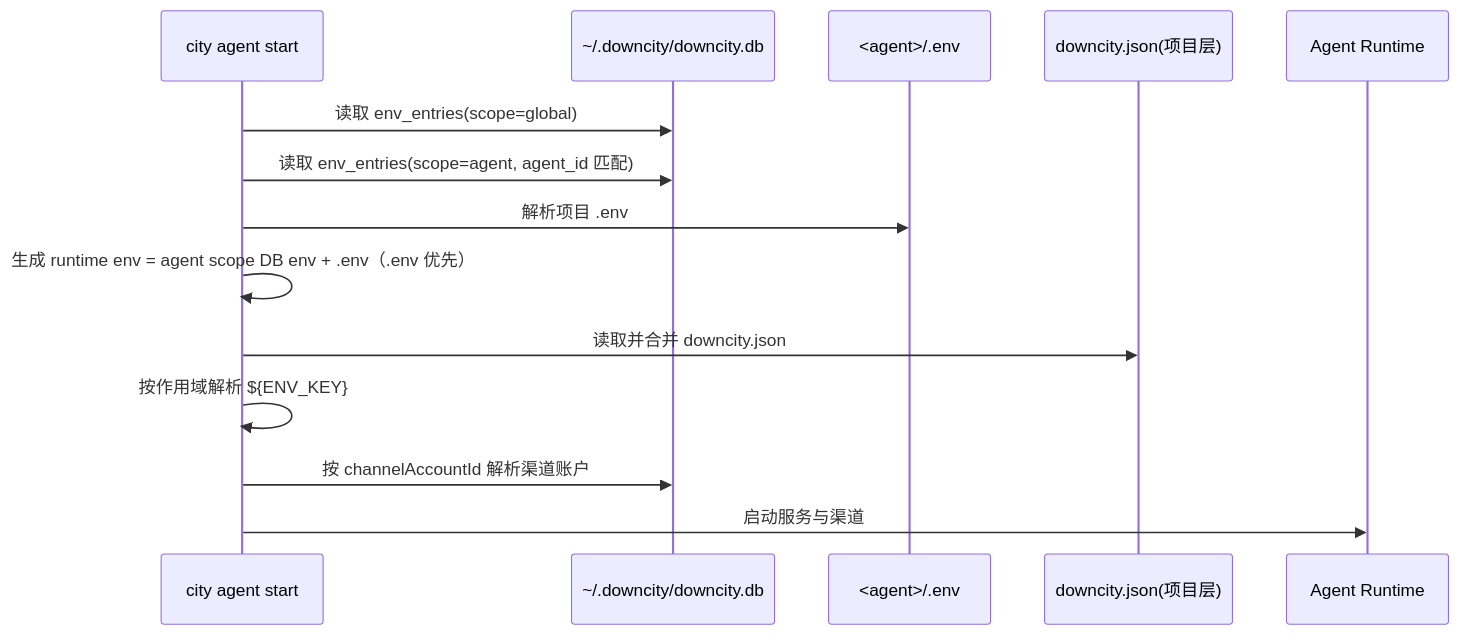
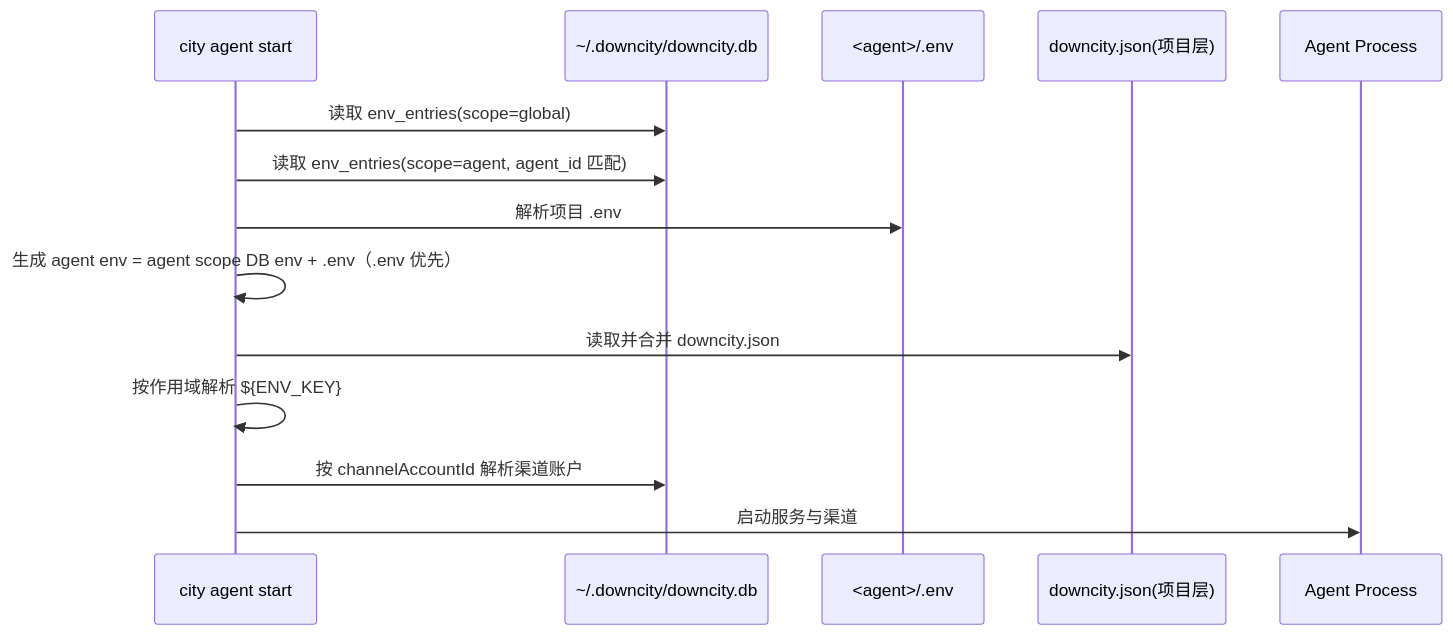
One commit to wangenius/downcity changed the first of 2 diagrams in homepage/content/docs/zh/configuration/environment-variables.mdx. Above: the diagram before and after it, drawn with Mermaid. The commit also changed other lines of this file and 123 other files, not shown here.

````diff
--- a/homepage/content/docs/zh/configuration/environment-variables.mdx
+++ b/homepage/content/docs/zh/configuration/environment-variables.mdx
@@ -36,17 +36,17 @@
 ```mermaid
 sequenceDiagram
   participant CLI as city agent start
   participant DB as ~/.downcity/downcity.db
   participant ENV as <agent>/.env
   participant JSON as downcity.json(项目层)
-  participant RT as Agent Runtime
+  participant RT as Agent Process
 
   CLI->>DB: 读取 env_entries(scope=global)
   CLI->>DB: 读取 env_entries(scope=agent, agent_id 匹配)
   CLI->>ENV: 解析项目 .env
-  CLI->>CLI: 生成 runtime env = agent scope DB env + .env（.env 优先）
+  CLI->>CLI: 生成 agent env = agent scope DB env + .env（.env 优先）
   CLI->>JSON: 读取并合并 downcity.json
   CLI->>CLI: 按作用域解析 ${ENV_KEY}
   CLI->>DB: 按 channelAccountId 解析渠道账户
   CLI->>RT: 启动服务与渠道
 ```
````
